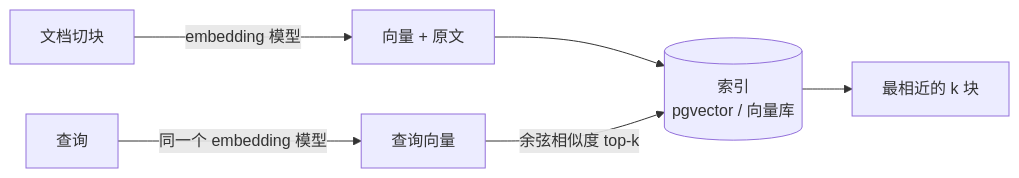
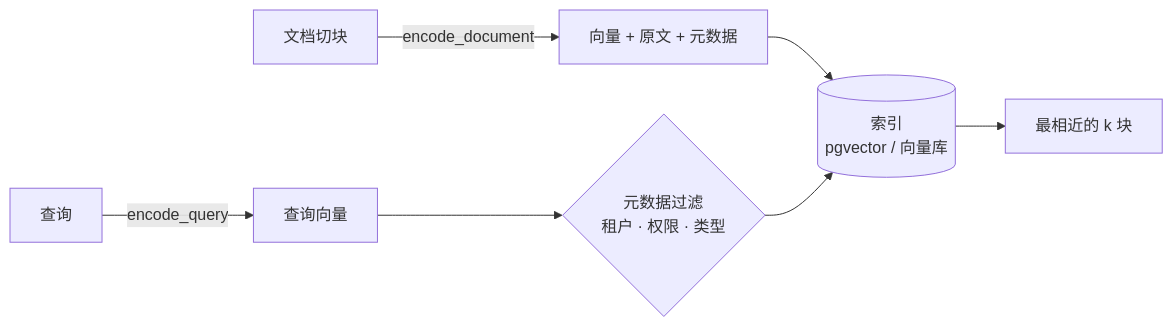
The diagram in lessons/embeddings-and-vector-search/README.md (lance2016/ai-app-engineering), drawn with Mermaid before and after one commit. The commit also changed other lines of this file and 4 other files, not shown here.

````diff
--- a/lessons/embeddings-and-vector-search/README.md
+++ b/lessons/embeddings-and-vector-search/README.md
@@ -28,8 +28,9 @@
 ```mermaid
 flowchart LR
-    D[文档切块] -->|embedding 模型| V[向量 + 原文]
+    D[文档切块] -->|encode_document| V[向量 + 原文 + 元数据]
     V --> IX[(索引<br/>pgvector / 向量库)]
-    Q[查询] -->|同一个 embedding 模型| QV[查询向量]
-    QV -->|余弦相似度 top-k| IX
+    Q[查询] -->|encode_query| QV[查询向量]
+    QV --> F{元数据过滤<br/>租户 · 权限 · 类型}
+    F --> IX
     IX --> R[最相近的 k 块]
 ```
````
